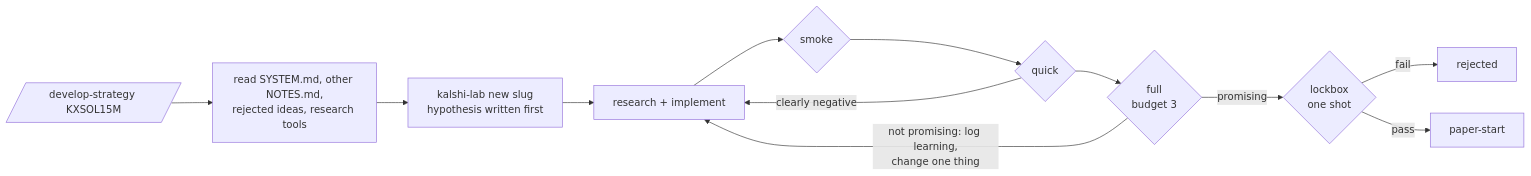
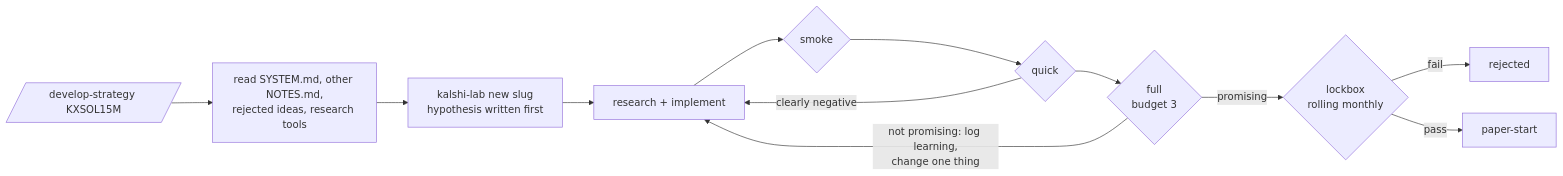
Before and after one commit to RishabKalluri/kalshi-lab: the sixth of 6 diagrams in SYSTEM.md, drawn with Mermaid. The commit also changed other lines of this file and 7 other files, not shown here.

Commit message:
Rolling lockbox: from the 1st of the previous month, rolling monthly; one lockbox run per strategy per period, no per-family cap; dashboard shows family lockbox history

````diff
--- a/SYSTEM.md
+++ b/SYSTEM.md
@@ -191,14 +191,14 @@
 ```mermaid
 flowchart LR
     A[/develop-strategy KXSOL15M/] --> B[read SYSTEM.md, other NOTES.md,<br/>rejected ideas, research tools]
     B --> C[kalshi-lab new slug<br/>hypothesis written first]
     C --> D[research + implement]
     D --> E{smoke}
     E --> F{quick}
     F -->|clearly negative| D
     F --> G{full<br/>budget 3}
     G -->|not promising: log learning,<br/>change one thing| D
-    G -->|promising| H{lockbox<br/>one shot}
+    G -->|promising| H{lockbox<br/>rolling monthly}
     H -->|fail| R[rejected]
     H -->|pass| P[paper-start]
 ```
````
